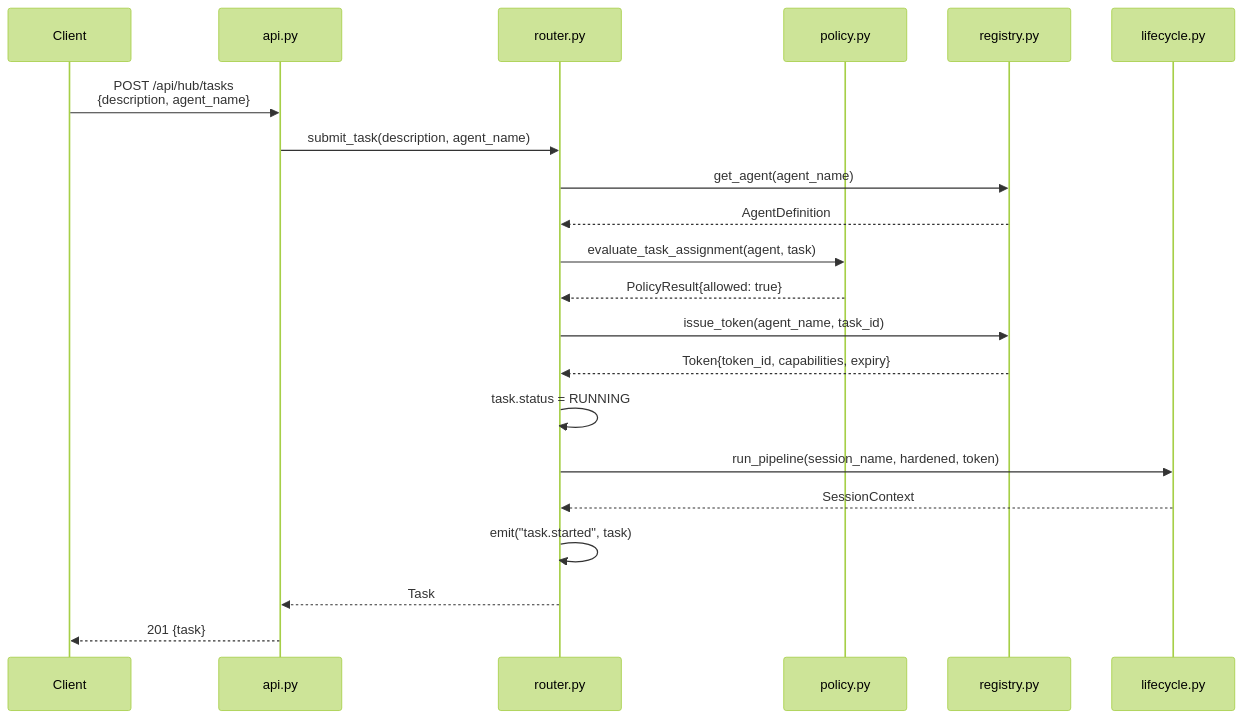
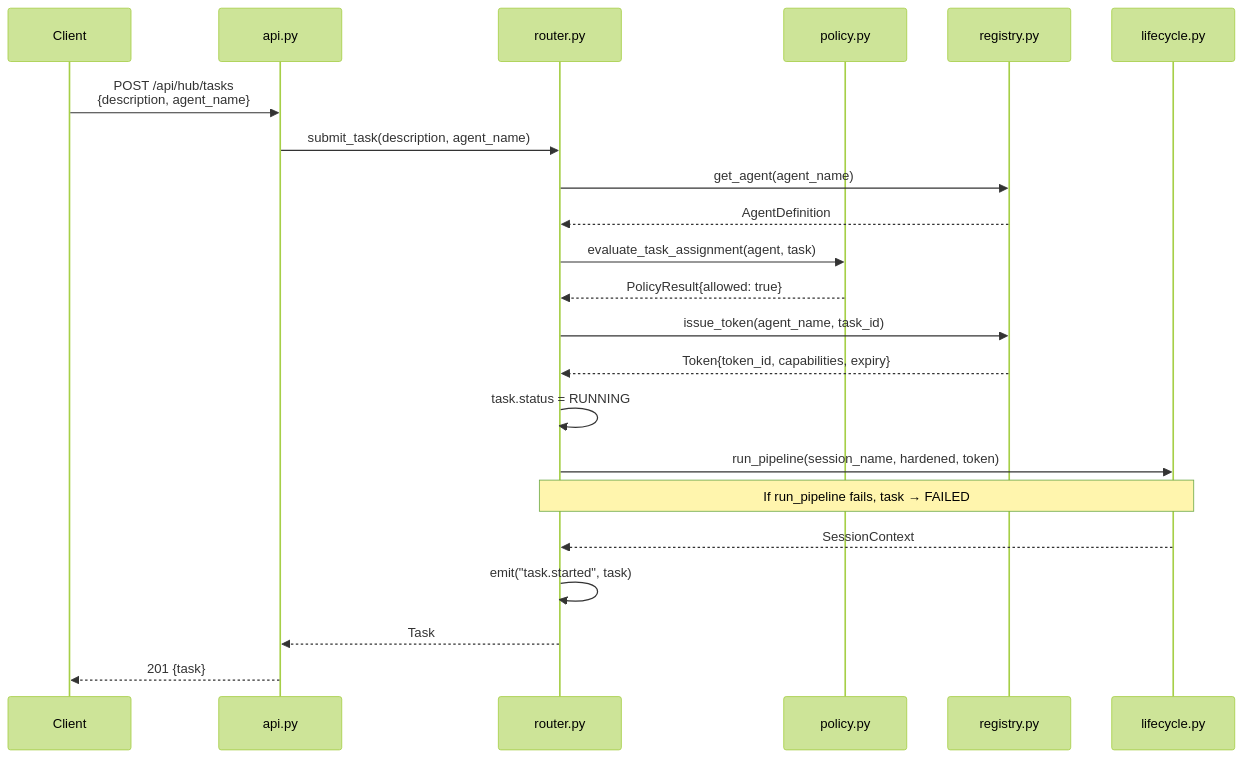
One commit to neverprepared/ink-bunny changed the second of 5 diagrams in docs/brainbox/hub.md. Above: the diagram before and after it, drawn with Mermaid (forest theme). The commit also changed other lines of this file and 4 other files, not shown here.

````diff
--- a/docs/brainbox/hub.md
+++ b/docs/brainbox/hub.md
@@ -72,30 +72,31 @@
 ```mermaid
 sequenceDiagram
     participant Client
     participant API as api.py
     participant Router as router.py
     participant Policy as policy.py
     participant Registry as registry.py
     participant LC as lifecycle.py
 
     Client->>API: POST /api/hub/tasks<br/>{description, agent_name}
     API->>Router: submit_task(description, agent_name)
 
     Router->>Registry: get_agent(agent_name)
     Registry-->>Router: AgentDefinition
 
     Router->>Policy: evaluate_task_assignment(agent, task)
     Policy-->>Router: PolicyResult{allowed: true}
 
     Router->>Registry: issue_token(agent_name, task_id)
     Registry-->>Router: Token{token_id, capabilities, expiry}
 
     Router->>Router: task.status = RUNNING
 
     Router->>LC: run_pipeline(session_name, hardened, token)
+    Note over Router,LC: If run_pipeline fails, task → FAILED
     LC-->>Router: SessionContext
 
     Router->>Router: emit("task.started", task)
     Router-->>API: Task
     API-->>Client: 201 {task}
 ```
````
